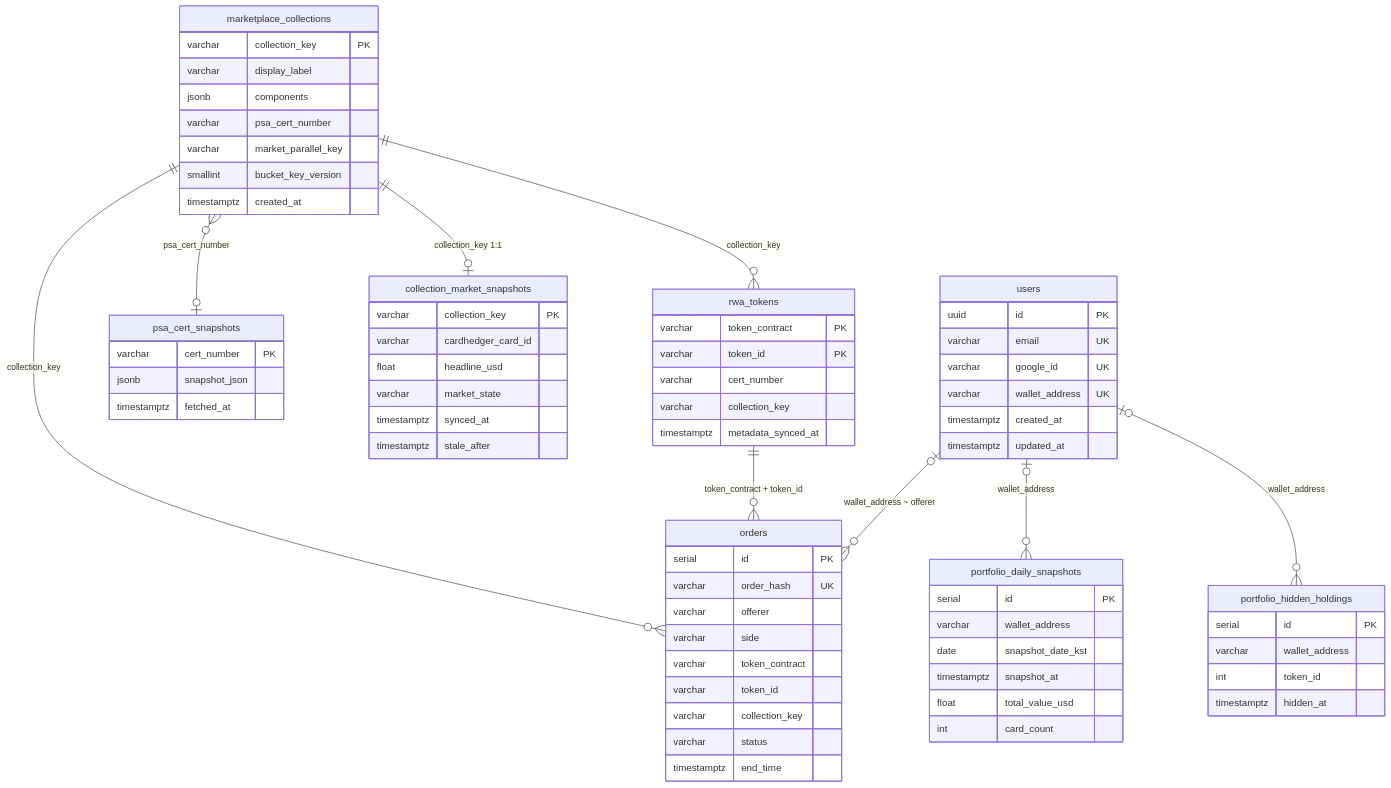
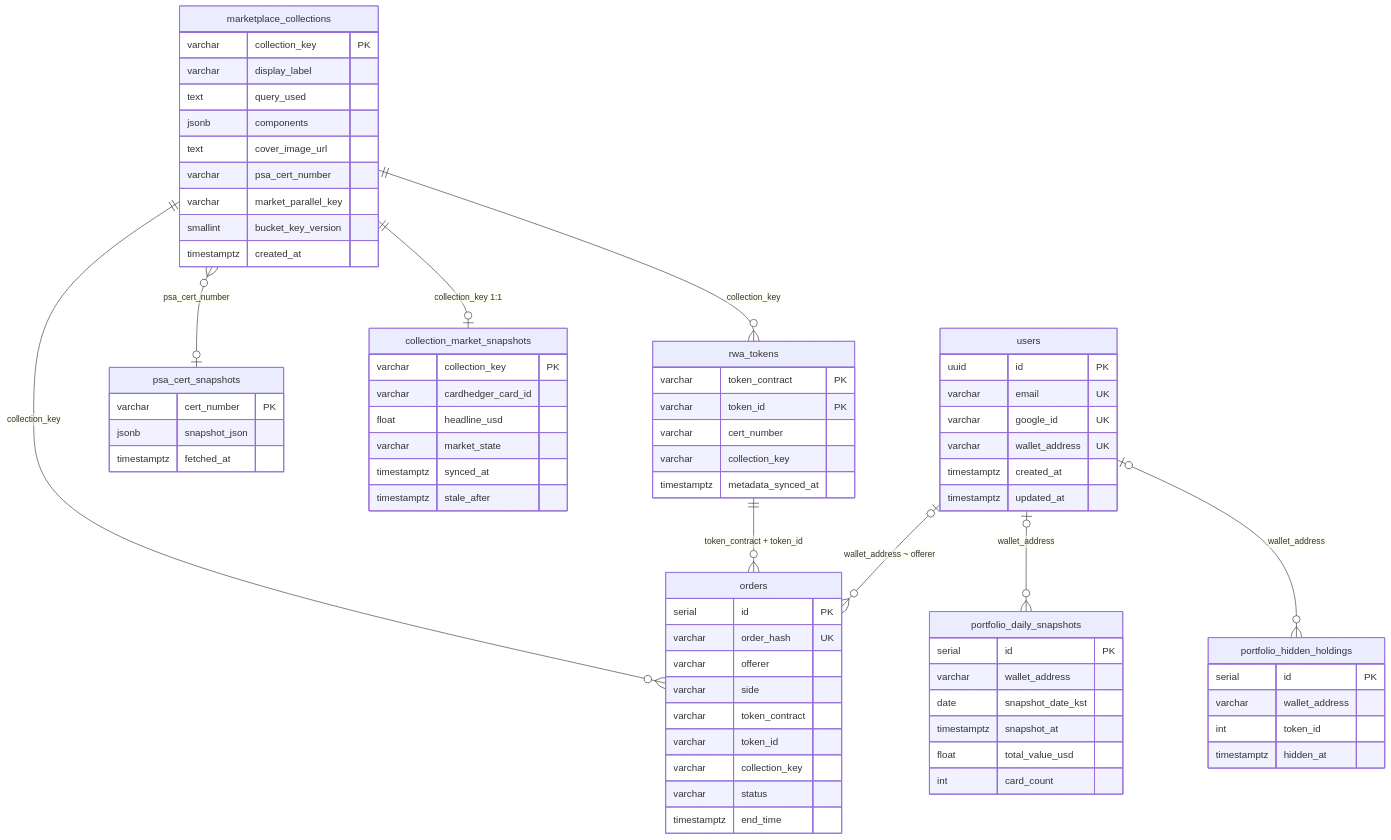
Before and after one commit to tokenable-dev/tokenable-dev: the first of 2 diagrams in docs/architecture/database.md, drawn with Mermaid. The commit also changed 23 other files, not shown here.

```diff
--- a/docs/architecture/database.md
+++ b/docs/architecture/database.md
@@ -58,7 +58,9 @@
     marketplace_collections {
         varchar collection_key PK
         varchar display_label
+        text query_used
         jsonb components
+        text cover_image_url
         varchar psa_cert_number
         varchar market_parallel_key
         smallint bucket_key_version
```
